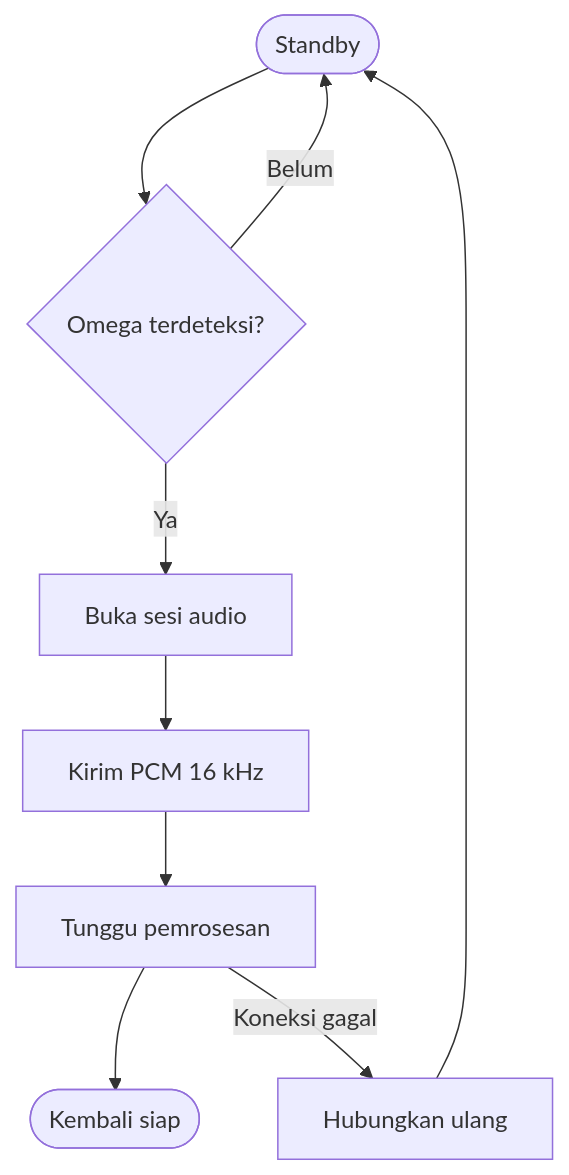
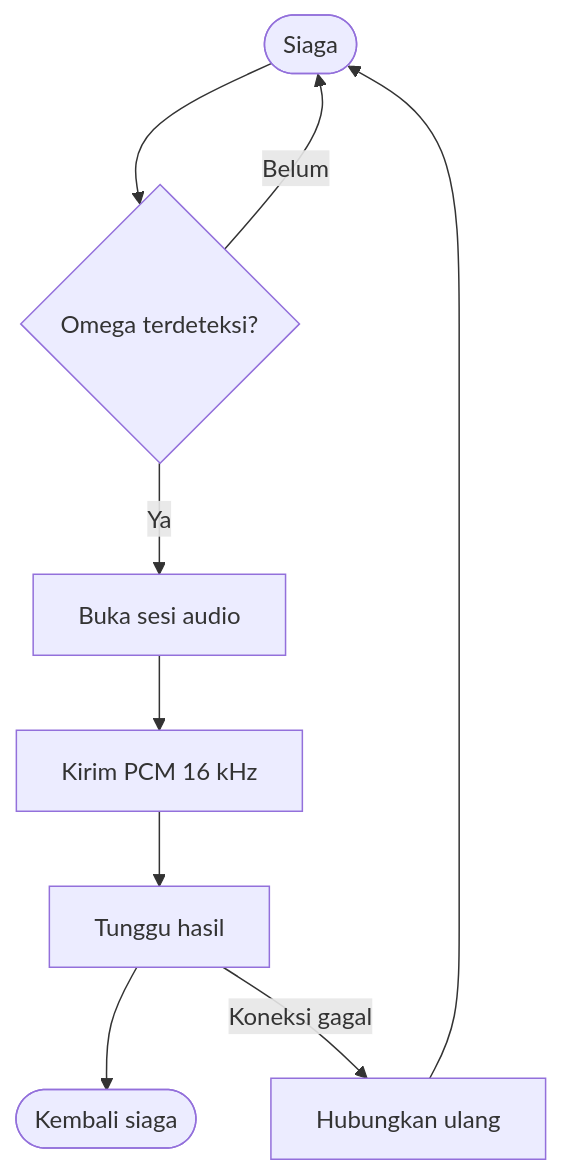
The diagram in docs/components/voice-satellite.md (context-dteti/smartlab-assistant), drawn with Mermaid before and after one commit. The commit also changed other lines of this file and 16 other files, not shown here.

````diff
--- a/docs/components/voice-satellite.md
+++ b/docs/components/voice-satellite.md
@@ -19,14 +19,14 @@
 ```mermaid
 flowchart TB
-    accTitle: Alur Voice Satellite
+    accTitle: Alur Perangkat Suara
     accDescr: Proses lokal dari pemantauan wake word hingga streaming audio dan pemulihan sesi
 
-    standby([Standby]) --> detect{Omega terdeteksi?}
+    standby([Siaga]) --> detect{Omega terdeteksi?}
     detect -->|Belum| standby
     detect -->|Ya| listen[Buka sesi audio]
     listen --> stream[Kirim PCM 16 kHz]
-    stream --> processing[Tunggu pemrosesan]
-    processing --> ready([Kembali siap])
+    stream --> processing[Tunggu hasil]
+    processing --> ready([Kembali siaga])
     processing -->|Koneksi gagal| reconnect[Hubungkan ulang]
     reconnect --> standby
 ```
````
